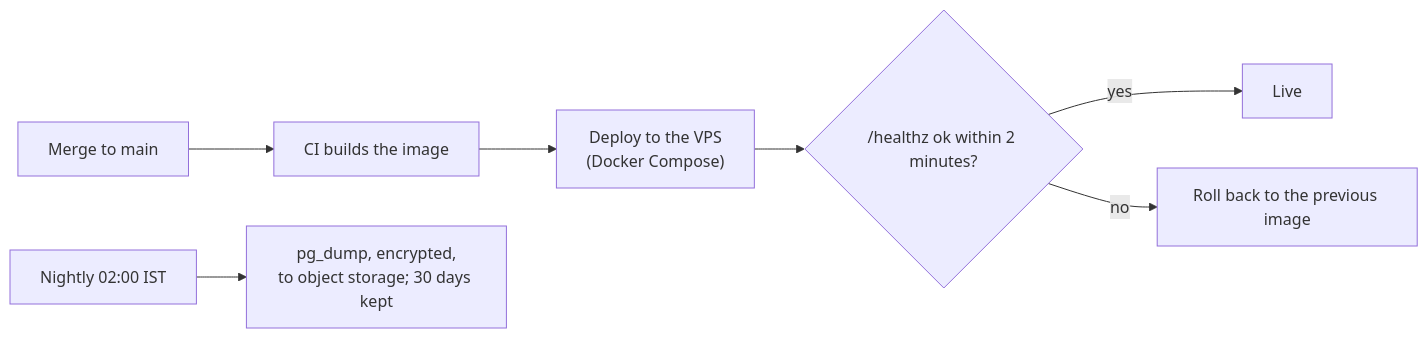
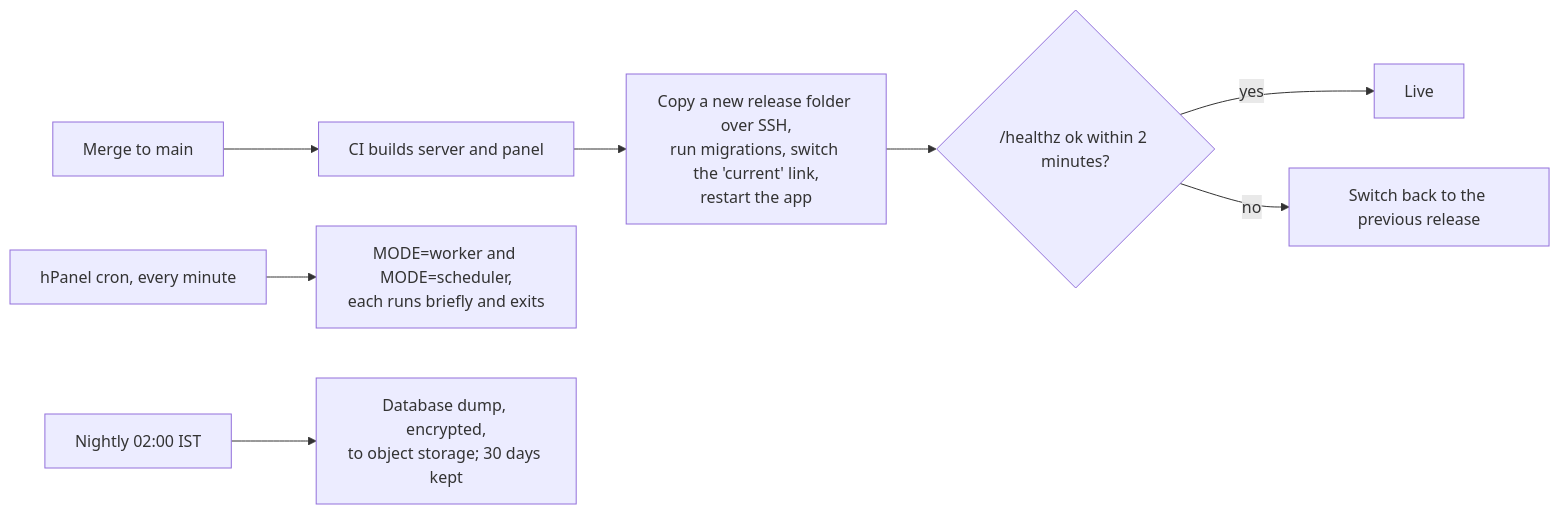
The diagram in docs/milestones/m7-deploy/spec.md (reaplift/reaplift-call-tracker), drawn with Mermaid before and after one commit. The commit also changed other lines of this file and 13 other files, not shown here.

````diff
--- a/docs/milestones/m7-deploy/spec.md
+++ b/docs/milestones/m7-deploy/spec.md
@@ -14,9 +15,10 @@
 ```mermaid
 flowchart LR
-  A["Merge to main"] --> B["CI builds the image"]
-  B --> C["Deploy to the VPS<br/>(Docker Compose)"]
+  A["Merge to main"] --> B["CI builds server and panel"]
+  B --> C["Copy a new release folder over SSH,<br/>run migrations, switch the 'current' link,<br/>restart the app"]
   C --> D{"/healthz ok within 2 minutes?"}
   D -- "yes" --> E["Live"]
-  D -- "no" --> F["Roll back to the previous image"]
-  G["Nightly 02:00 IST"] --> H["pg_dump, encrypted,<br/>to object storage; 30 days kept"]
+  D -- "no" --> F["Switch back to the previous release"]
+  G["hPanel cron, every minute"] --> H["MODE=worker and MODE=scheduler,<br/>each runs briefly and exits"]
+  I["Nightly 02:00 IST"] --> J["Database dump, encrypted,<br/>to object storage; 30 days kept"]
 ```
````
